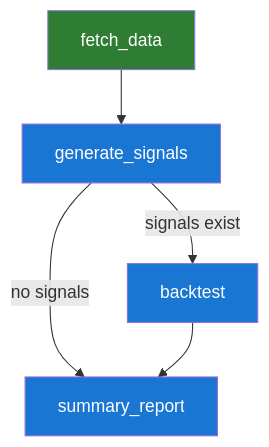
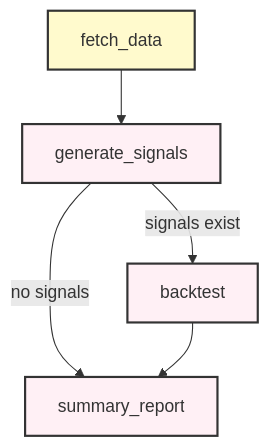
Before and after one commit to kimtth/agent-quant-stock-invest: the first of 4 diagrams in README.md, drawn with Mermaid. The commit also changed other lines of this file and 18 other files, not shown here.

````diff
--- a/README.md
+++ b/README.md
@@ -68,11 +67,10 @@
 ```mermaid
 flowchart TD
-    classDef start fill:#2e7d32,color:#fff;
-    classDef task fill:#1976d2,color:#fff;
-    classDef decision fill:#f9a825,color:#000;
-    
-    A[fetch_data]:::start --> B[generate_signals]:::task
-    B -->|signals exist| C[backtest]:::task
-    B -->|no signals| D[summary_report]:::task
-    C --> D
+    classDef boot fill:#fffacd,stroke:#333,stroke-width:2px
+    classDef mem  fill:#fff0f5,stroke:#333,stroke-width:2px
+
+    A[fetch_data]:::boot --> B[generate_signals]:::mem
+    B -->|signals exist| C[backtest]:::mem
+    B -->|no signals| D[summary_report]:::mem
+    C --> D:::mem
 ```
````
